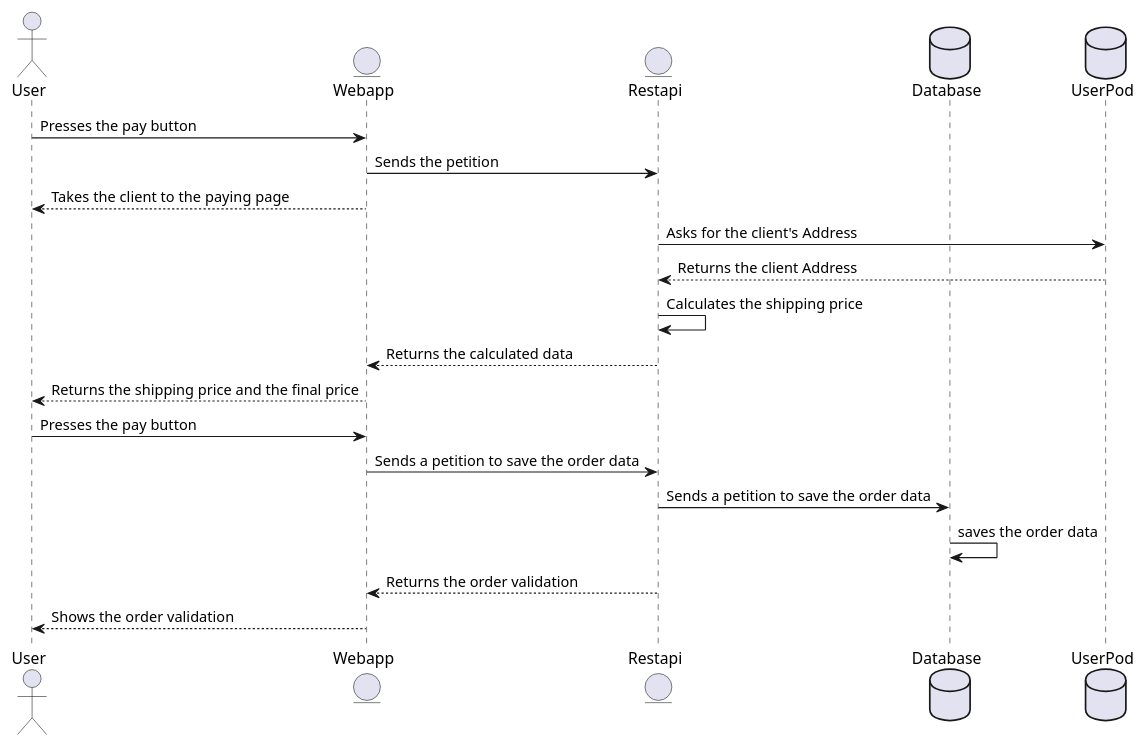
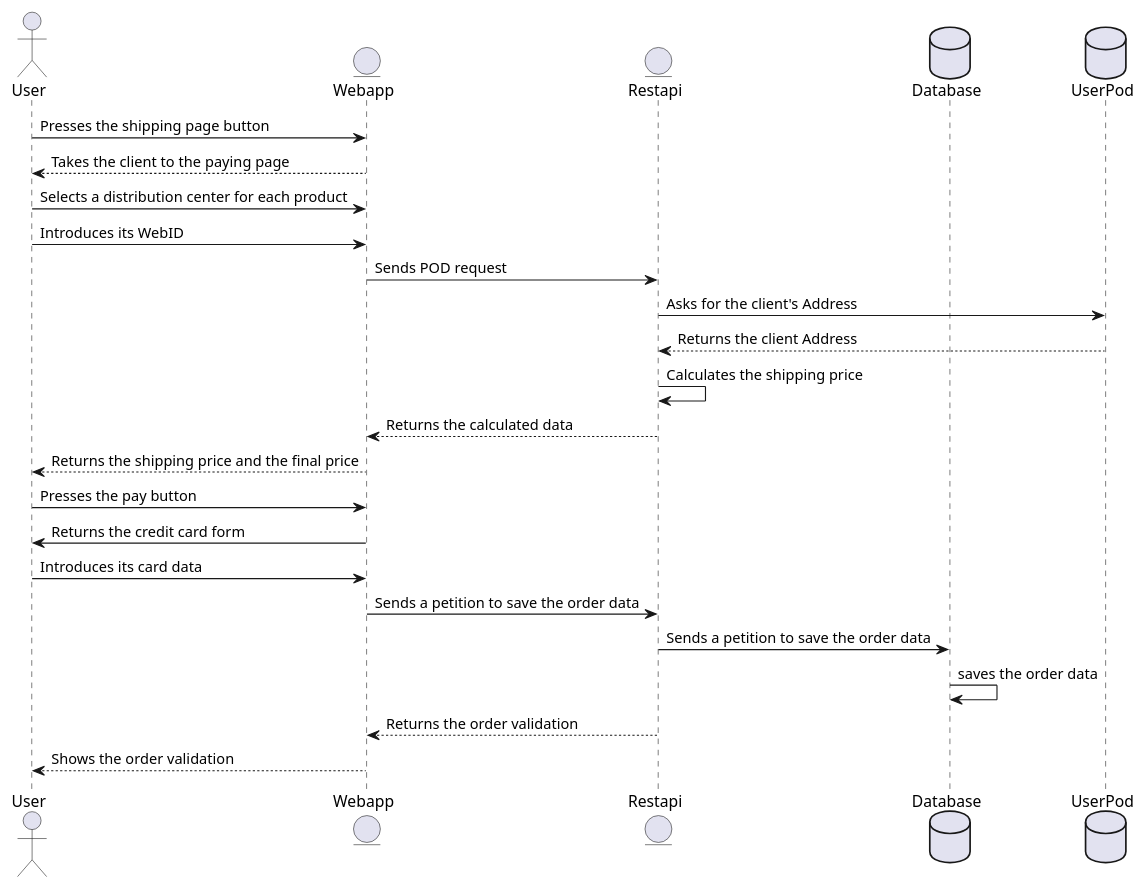
The seventh of 10 diagrams in docs/06_runtime_view.adoc (Arquisoft/dede_es3c), drawn with PlantUML before and after one commit. The commit also changed other lines of this file, not shown here.

Commit message:
Diagramas de secuencia actualizados

```diff
--- a/docs/06_runtime_view.adoc
+++ b/docs/06_runtime_view.adoc
@@ -129,24 +117,28 @@
 [plantuml,"PayingProcess",png]
 ----
 @startuml
 actor User
 entity Webapp
 entity Restapi
 database Database
 database UserPod
-User-> Webapp: Presses the pay button
-Webapp -> Restapi: Sends the petition
+User-> Webapp: Presses the shipping page button
 Webapp--> User: Takes the client to the paying page
+User -> Webapp: Selects a distribution center for each product
+User -> Webapp: Introduces its WebID
+Webapp -> Restapi: Sends POD request
 Restapi-> UserPod: Asks for the client's Address
 UserPod --> Restapi: Returns the client Address
 Restapi -> Restapi : Calculates the shipping price
 Restapi --> Webapp : Returns the calculated data
 Webapp --> User: Returns the shipping price and the final price
 User-> Webapp: Presses the pay button
-Webapp -> Restapi : Sends a petition to save the order data
+Webapp -> User: Returns the credit card form
+User -> Webapp: Introduces its card data
+Webapp -> Restapi: Sends a petition to save the order data
 Restapi -> Database : Sends a petition to save the order data
 Database -> Database : saves the order data
 Restapi --> Webapp: Returns the order validation
 Webapp --> User: Shows the order validation
 @enduml
 ----
```
